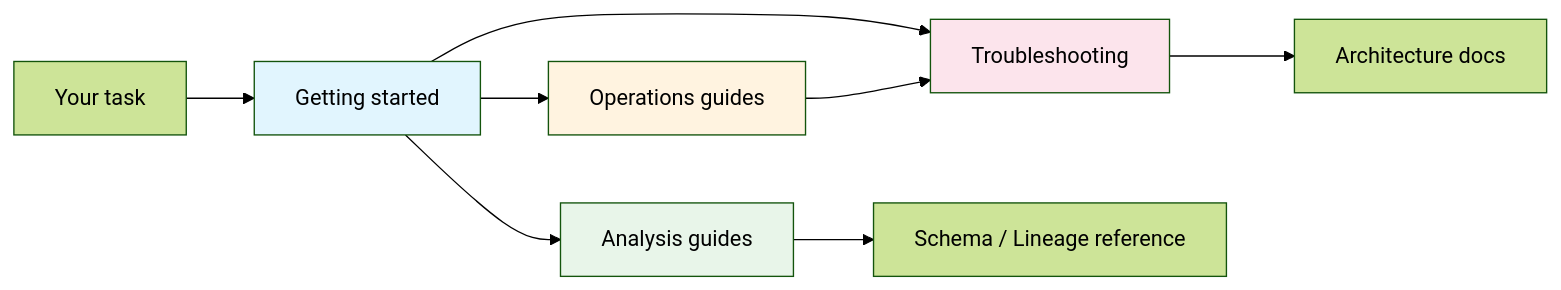
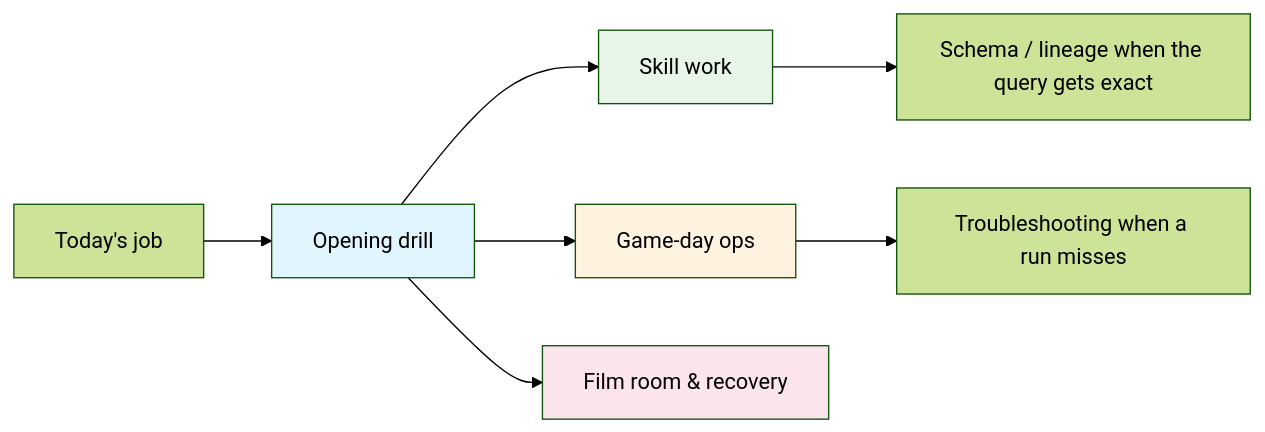
The diagram in docs/content/docs/guides/index.mdx (wyattowalsh/nbadb), drawn with Mermaid (forest theme) before and after one commit. The commit also changed other lines of this file and 105 other files, not shown here.

````diff
--- a/docs/content/docs/guides/index.mdx
+++ b/docs/content/docs/guides/index.mdx
@@ -27,15 +85,14 @@
 ```mermaid
 flowchart LR
-    Start["Your task"] --> Get["Getting started"]
-    Get --> Analysis["Analysis guides"]
-    Get --> Ops["Operations guides"]
-    Get --> Debug["Troubleshooting"]
-    Analysis --> Schema["Schema / Lineage reference"]
-    Ops --> Debug
-    Debug --> Arch["Architecture docs"]
+    Need["Today's job"] --> Drill["Opening drill"]
+    Drill --> Skill["Skill work"]
+    Drill --> Ops["Game-day ops"]
+    Drill --> Recovery["Film room & recovery"]
+    Skill --> Exact["Schema / lineage when the query gets exact"]
+    Ops --> Recover["Troubleshooting when a run misses"]
 
-    style Get fill:#e1f5fe
-    style Analysis fill:#e8f5e9
+    style Drill fill:#e1f5fe
+    style Skill fill:#e8f5e9
     style Ops fill:#fff3e0
-    style Debug fill:#fce4ec
+    style Recovery fill:#fce4ec
 ```
````
